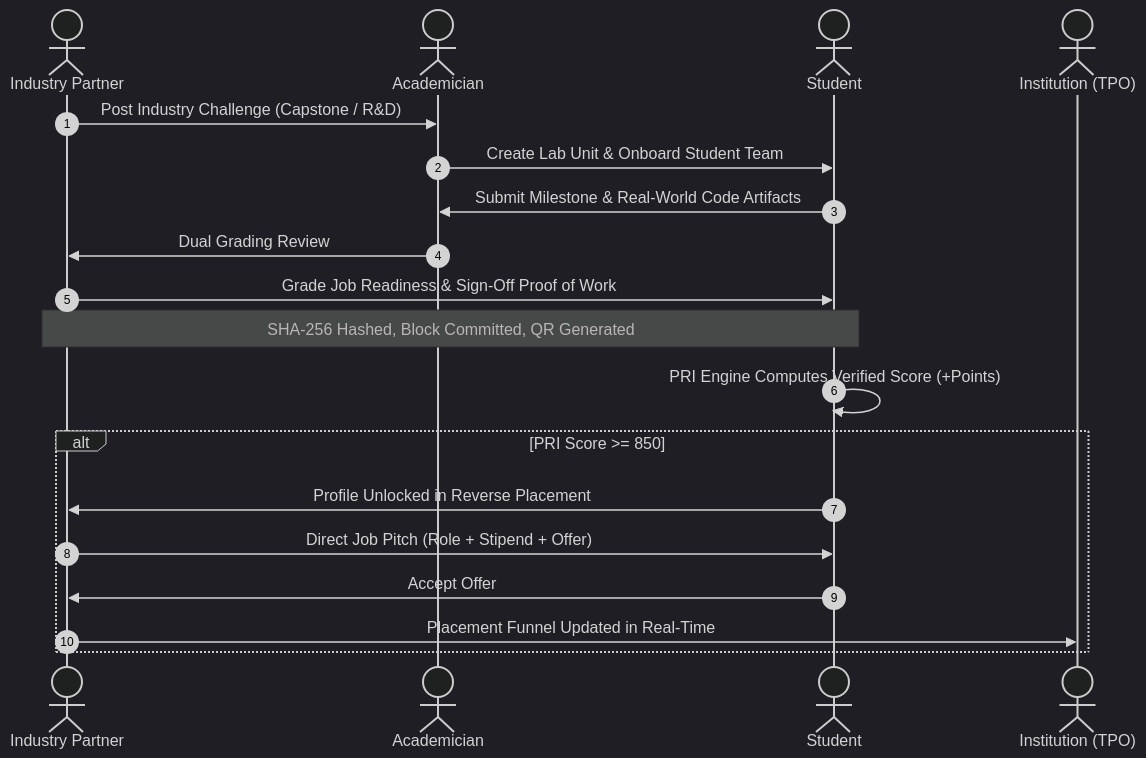
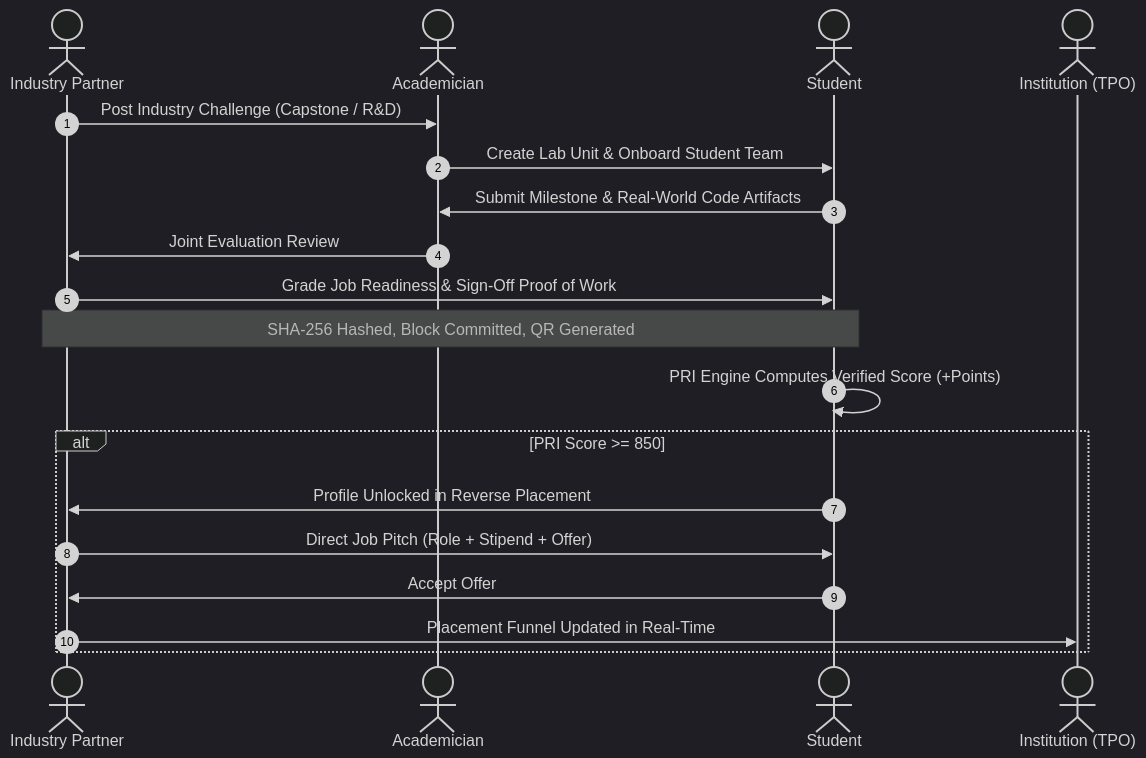
Before and after one commit to Phantom-Coders-Team/SkillBridge: the second of 2 diagrams in README.md, drawn with Mermaid (dark theme). The commit also changed other lines of this file and 11 other files, not shown here.

Commit message:
Standardize Joint Evaluation naming and add full edit/delete permissions for faculty and industry

````diff
--- a/README.md
+++ b/README.md
@@ -169,22 +169,22 @@
 ```mermaid
 sequenceDiagram
     autonumber
     actor Industry as Industry Partner
     actor Faculty as Academician
     actor Student as Student
     actor TPO as Institution (TPO)
 
     Industry->>Faculty: Post Industry Challenge (Capstone / R&D)
     Faculty->>Student: Create Lab Unit & Onboard Student Team
     Student->>Faculty: Submit Milestone & Real-World Code Artifacts
-    Faculty->>Industry: Dual Grading Review
+    Faculty->>Industry: Joint Evaluation Review
     Industry->>Student: Grade Job Readiness & Sign-Off Proof of Work
     Note over Student,Industry: SHA-256 Hashed, Block Committed, QR Generated
     Student->>Student: PRI Engine Computes Verified Score (+Points)
     alt PRI Score >= 850
         Student->>Industry: Profile Unlocked in Reverse Placement
         Industry->>Student: Direct Job Pitch (Role + Stipend + Offer)
         Student->>Industry: Accept Offer
         Industry->>TPO: Placement Funnel Updated in Real-Time
     end
 ```
````
